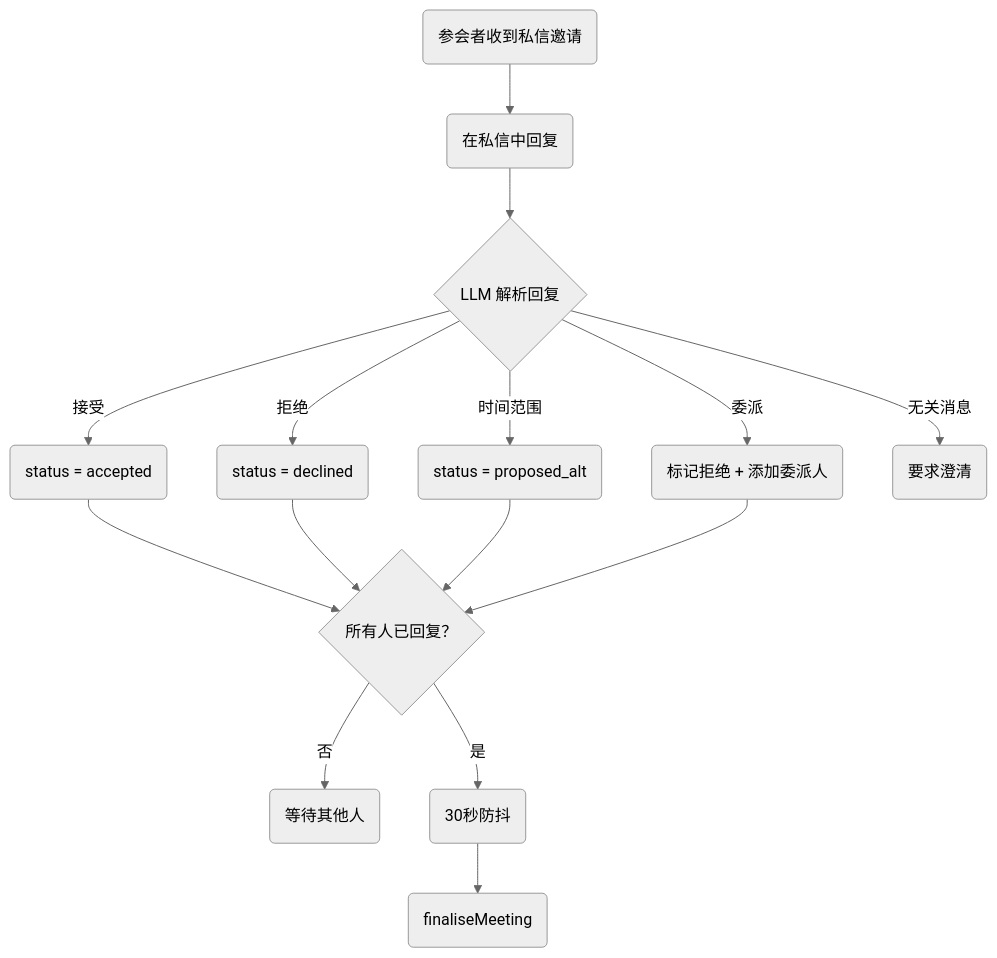
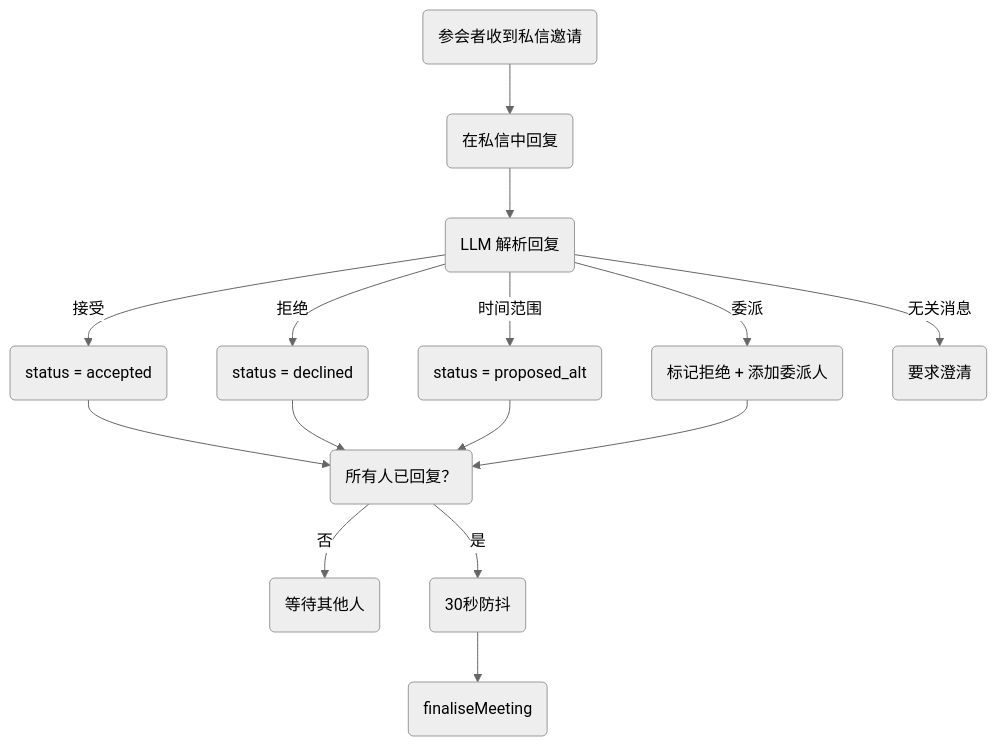
The fifth of 7 diagrams in README.zh-CN.md (javana3/claw_meeting_all), drawn with Mermaid (neutral theme) before and after one commit. The commit also changed other lines of this file and 4 other files, not shown here.

First line of the commit message:
docs: round all diagram nodes and update colors across 5 languages

````diff
--- a/README.zh-CN.md
+++ b/README.zh-CN.md
@@ -133,19 +133,19 @@
 ```mermaid
 graph TD
     A(参会者收到私信邀请) --> B(在私信中回复)
-    B --> C{LLM 解析回复}
+    B --> C(LLM 解析回复)
     C -->|接受| D(status = accepted)
     C -->|拒绝| E(status = declined)
     C -->|时间范围| F(status = proposed_alt)
     C -->|委派| G(标记拒绝 + 添加委派人)
     C -->|无关消息| H(要求澄清)
 
-    D --> I{所有人已回复？}
+    D --> I(所有人已回复？)
     E --> I
     F --> I
     G --> I
 
     I -->|否| J(等待其他人)
     I -->|是| K(30秒防抖)
     K --> L(finaliseMeeting)
 ```
````
